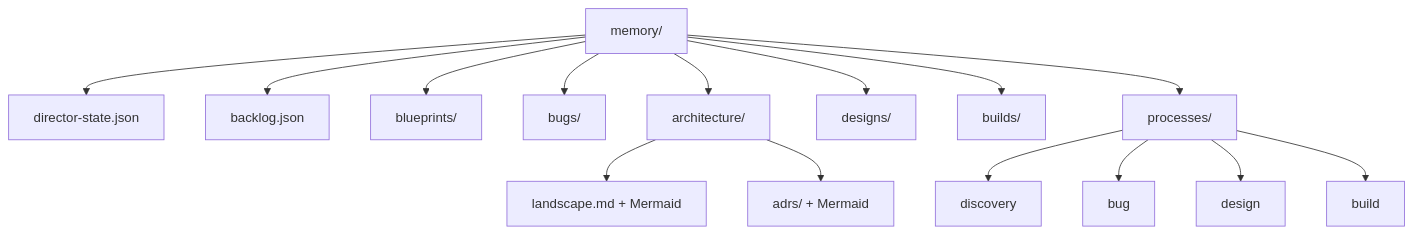
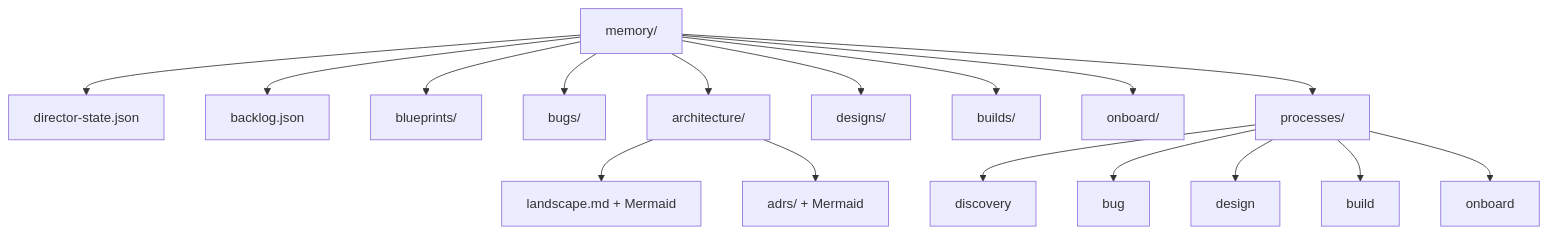
The eighth of 14 diagrams in README.md (infosails/infosails-harness), drawn with Mermaid before and after one commit. The commit also changed other lines of this file and 25 other files, not shown here.

````diff
--- a/README.md
+++ b/README.md
@@ -187,19 +199,21 @@
 ```mermaid
 flowchart TB
   mem["memory/"]
   mem --> dir[director-state.json]
   mem --> backlog[backlog.json]
   mem --> bp[blueprints/]
   mem --> bugs[bugs/]
   mem --> arch[architecture/]
   mem --> designs[designs/]
   mem --> builds[builds/]
+  mem --> onboard[onboard/]
   mem --> procs[processes/]
 
   arch --> land[landscape.md + Mermaid]
   arch --> adrs[adrs/ + Mermaid]
   procs --> p1[discovery]
   procs --> p2[bug]
   procs --> p3[design]
   procs --> p4[build]
+  procs --> p5[onboard]
 ```
````
